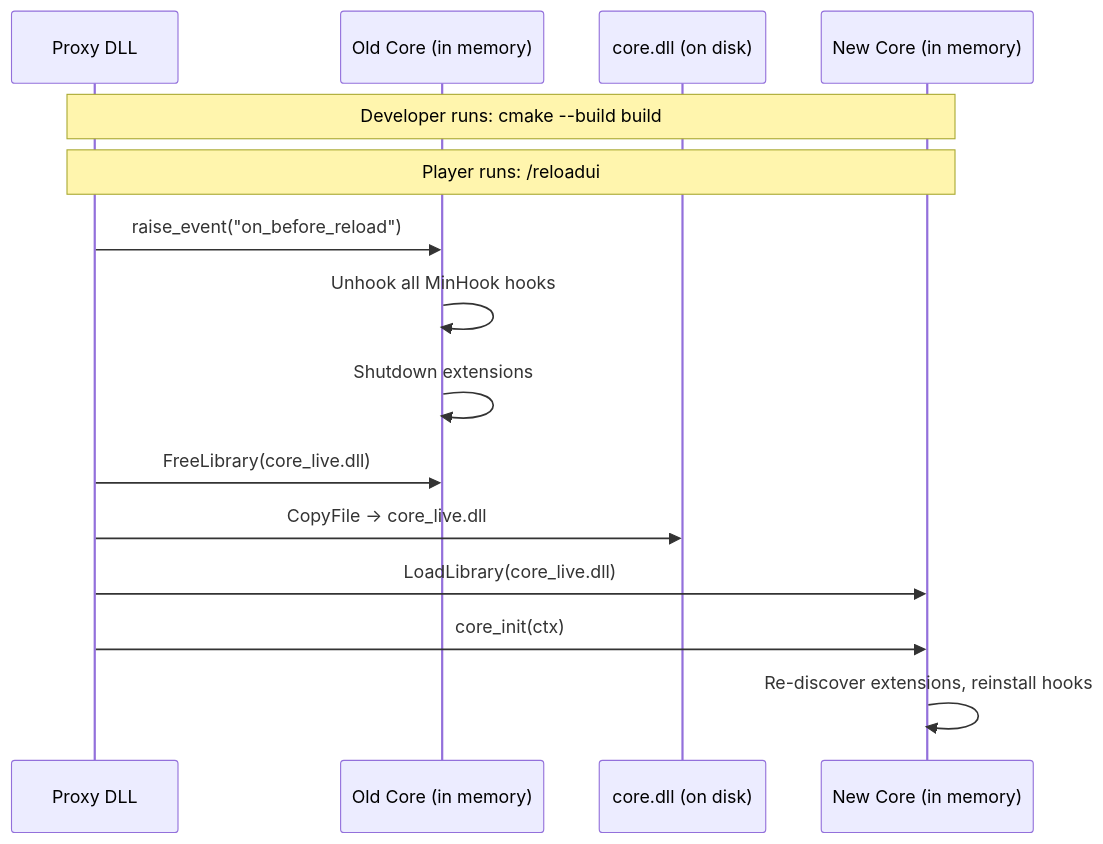
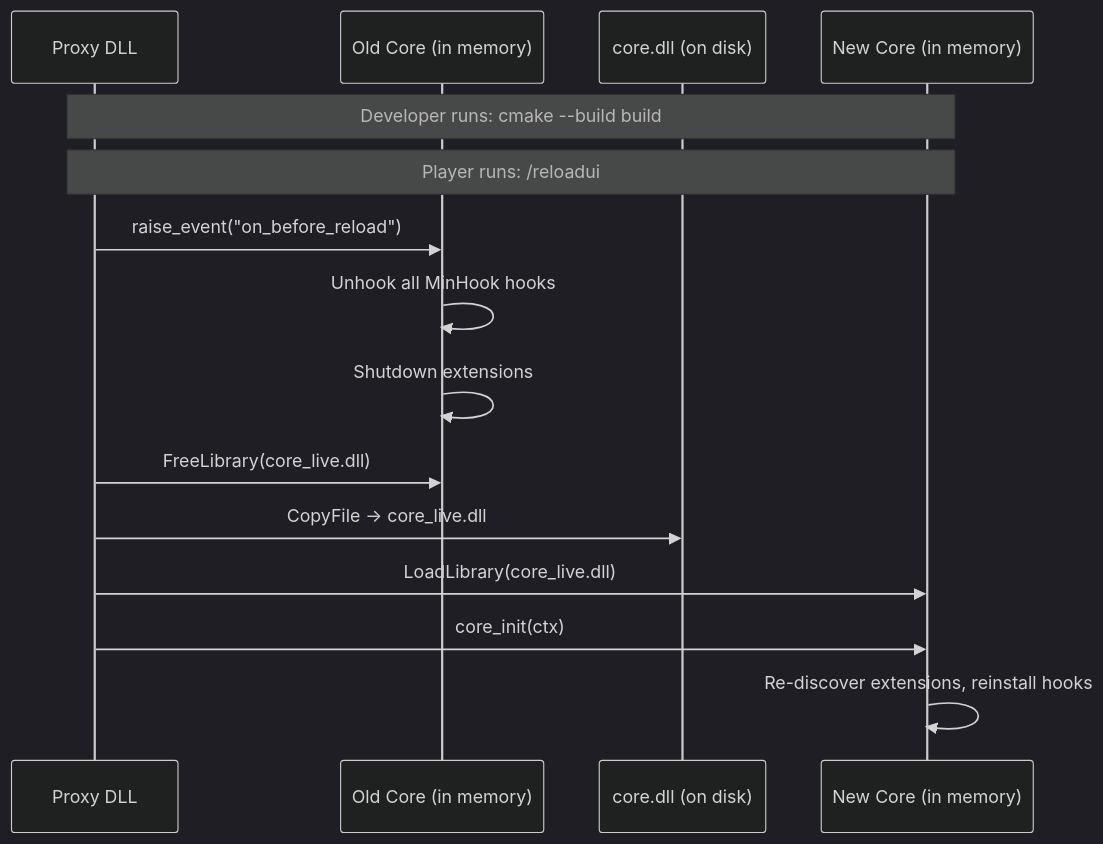
The third of 3 diagrams in docs/ARCHITECTURE.md (eg3r/X4Native), drawn with Mermaid before and after one commit. The commit also changed other lines of this file and 12 other files, not shown here.

````diff
--- a/docs/ARCHITECTURE.md
+++ b/docs/ARCHITECTURE.md
@@ -148,19 +162,26 @@
 ```mermaid
+---
+config:
+    layout: 'elk'
+    theme: 'dark'
+    themeVariables:
+        lineColor: '#ff9100'
+---
 sequenceDiagram
     participant PROXY as Proxy DLL
     participant OLD as Old Core (in memory)
     participant DISK as core.dll (on disk)
     participant NEW as New Core (in memory)
 
     Note over PROXY,NEW: Developer runs: cmake --build build
     Note over PROXY,NEW: Player runs: /reloadui
 
     PROXY->>OLD: raise_event("on_before_reload")
     OLD->>OLD: Unhook all MinHook hooks
     OLD->>OLD: Shutdown extensions
     PROXY->>OLD: FreeLibrary(core_live.dll)
     PROXY->>DISK: CopyFile → core_live.dll
     PROXY->>NEW: LoadLibrary(core_live.dll)
     PROXY->>NEW: core_init(ctx)
     NEW->>NEW: Re-discover extensions, reinstall hooks
 ```
````
